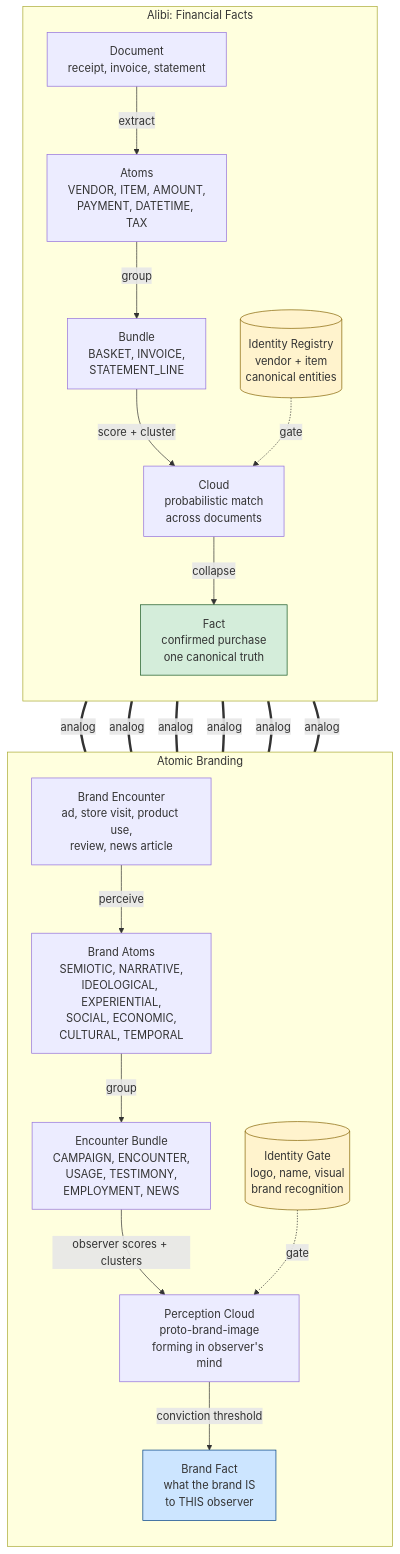
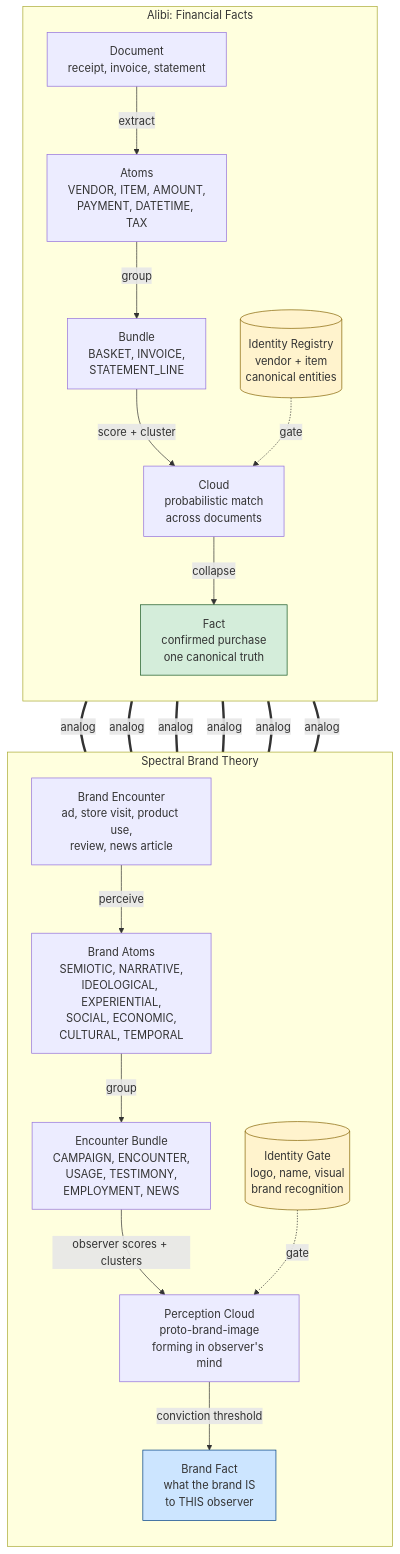
One commit to spectralbranding/sbt-framework changed the diagram in docs/architecture/ALIBI_ANALOGY.mmd. Above: the diagram before and after it, drawn with Mermaid. The commit also changed 2 other files, not shown here.

Commit message:
fix: update version refs to v2.1 and fix stale diagram label
- README: badge updated from Framework v2.0 to v2.1
- README: docs/FRAMEWORK.md description updated to v2.1
- README: docs/architecture/ directory added to repo structure
- CITATION.cff: version bumped from 2.0.0 to 2.1.0, date updated to 2026-03-02
- docs/architecture/ALIBI_ANALOGY.mmd: subgraph renamed from "Atomic Branding"
  to "Spectral Brand Theory" (correct project name)

No fermeradar references found in editable content (git history only).
Framework.md and GLOSSARY.md already contain all v2.1 additions.

```diff
--- a/docs/architecture/ALIBI_ANALOGY.mmd
+++ b/docs/architecture/ALIBI_ANALOGY.mmd
@@ -1,33 +1,33 @@
 %% Structural analogy between alibi financial pipeline and spectral branding
 %% Side-by-side mapping of concepts
 
 graph TD
     subgraph "Alibi: Financial Facts"
         direction TB
         A_DOC[Document<br/>receipt, invoice, statement] -->|extract| A_ATOM[Atoms<br/>VENDOR, ITEM, AMOUNT,<br/>PAYMENT, DATETIME, TAX]
         A_ATOM -->|group| A_BUNDLE[Bundle<br/>BASKET, INVOICE,<br/>STATEMENT_LINE]
         A_BUNDLE -->|score + cluster| A_CLOUD[Cloud<br/>probabilistic match<br/>across documents]
         A_CLOUD -->|collapse| A_FACT[Fact<br/>confirmed purchase<br/>one canonical truth]
         A_ID[(Identity Registry<br/>vendor + item<br/>canonical entities)] -.->|gate| A_CLOUD
     end
 
-    subgraph "Atomic Branding"
+    subgraph "Spectral Brand Theory"
         direction TB
         B_SRC[Brand Encounter<br/>ad, store visit, product use,<br/>review, news article] -->|perceive| B_ATOM[Brand Atoms<br/>SEMIOTIC, NARRATIVE,<br/>IDEOLOGICAL, EXPERIENTIAL,<br/>SOCIAL, ECONOMIC,<br/>CULTURAL, TEMPORAL]
         B_ATOM -->|group| B_BUNDLE[Encounter Bundle<br/>CAMPAIGN, ENCOUNTER,<br/>USAGE, TESTIMONY,<br/>EMPLOYMENT, NEWS]
         B_BUNDLE -->|observer scores + clusters| B_CLOUD[Perception Cloud<br/>proto-brand-image<br/>forming in observer's mind]
         B_CLOUD -->|conviction threshold| B_FACT[Brand Fact<br/>what the brand IS<br/>to THIS observer]
         B_ID[(Identity Gate<br/>logo, name, visual<br/>brand recognition)] -.->|gate| B_CLOUD
     end
 
     A_DOC ===|analog| B_SRC
     A_ATOM ===|analog| B_ATOM
     A_BUNDLE ===|analog| B_BUNDLE
     A_CLOUD ===|analog| B_CLOUD
     A_FACT ===|analog| B_FACT
     A_ID ===|analog| B_ID
 
     style A_FACT fill:#d4edda,stroke:#155724
     style B_FACT fill:#cce5ff,stroke:#004085
     style A_ID fill:#fff3cd,stroke:#856404
     style B_ID fill:#fff3cd,stroke:#856404
```
